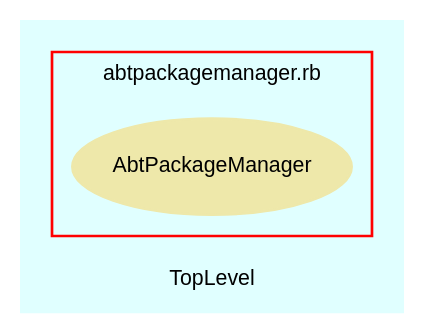
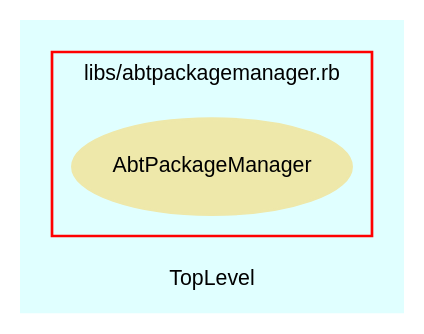
The diagram in src/trunk/doc/dot/f_4.dot (eschabell/abtlinux), drawn with Graphviz before and after one commit. The commit also changed 52 other files, not shown here.

```diff
--- a/src/trunk/doc/dot/f_4.dot
+++ b/src/trunk/doc/dot/f_4.dot
@@ -1,28 +1,28 @@
 digraph TopLevel {
     compound = true
     bgcolor = lightcyan1
     fontname = Arial
     fontsize = 8
     label = "TopLevel"
     node [
         fontname = Arial,
         fontsize = 8,
         color = black
     ]
 
     subgraph cluster_5 {
         fontname = Arial
         color = red
-        label = "abtpackagemanager.rb"
+        label = "libs/abtpackagemanager.rb"
         AbtPackageManager [
             fontcolor = black,
             URL = "classes/AbtPackageManager.html",
             shape = ellipse,
             color = palegoldenrod,
             style = filled,
             label = "AbtPackageManager"
         ]
 
     }
 
 }
```
